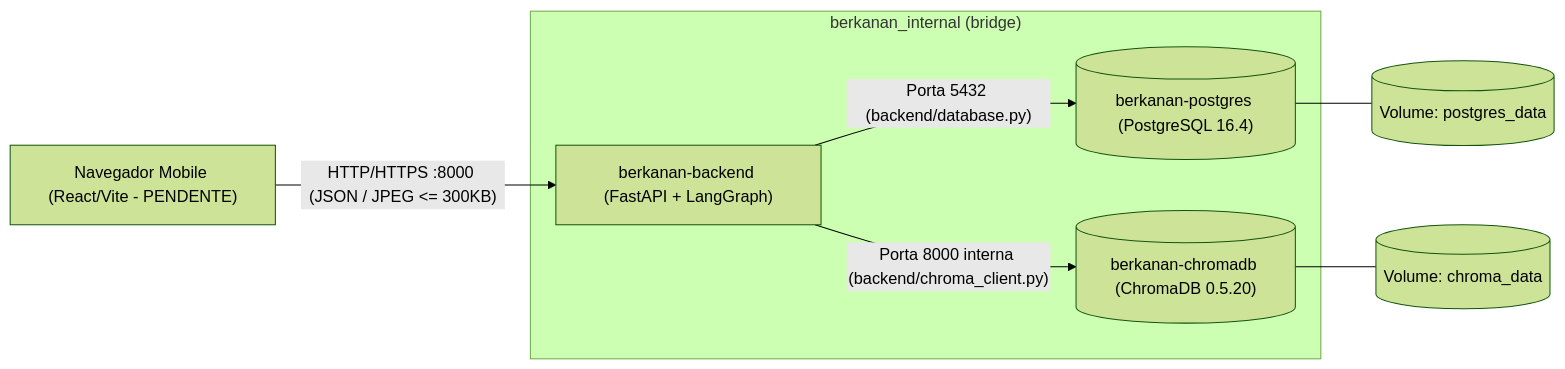
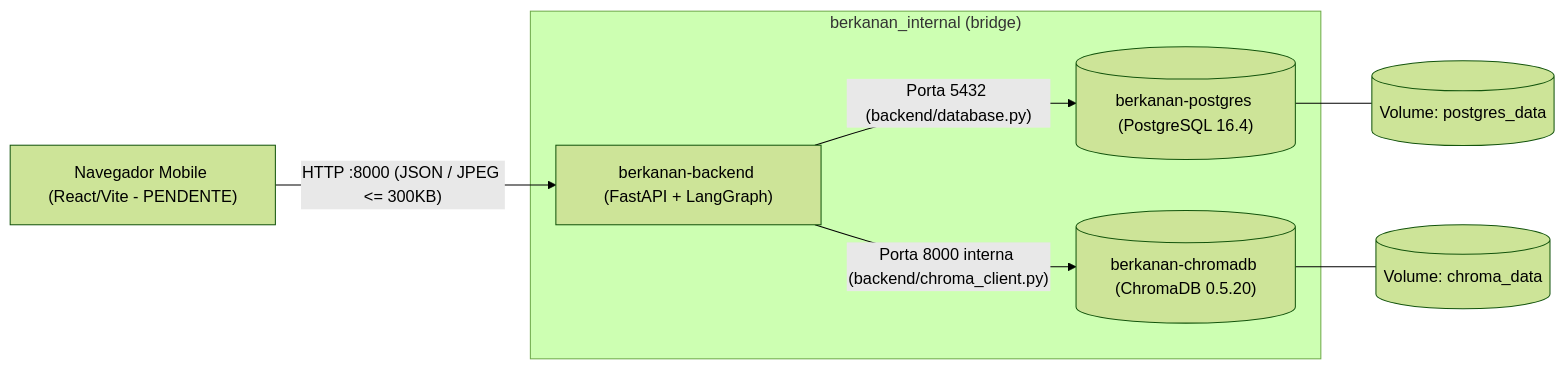
The first of 2 diagrams in docs/architecture/DEPLOYMENT.md (unb-Sistemas-de-Machine-learning/Challenge2_berkanan), drawn with Mermaid (forest theme) before and after one commit. The commit also changed other lines of this file and 4 other files, not shown here.

````diff
--- a/docs/architecture/DEPLOYMENT.md
+++ b/docs/architecture/DEPLOYMENT.md
@@ -12,10 +12,10 @@
 ```mermaid
 flowchart LR
-    Mobile["Navegador Mobile (React/Vite - PENDENTE)"] -->|"HTTP/HTTPS :8000 (JSON / JPEG <= 300KB)"| Backend["berkanan-backend (FastAPI + LangGraph)"]
+    Mobile["Navegador Mobile (React/Vite - PENDENTE)"] -->|"HTTP :8000 (JSON / JPEG <= 300KB)"| Backend["berkanan-backend (FastAPI + LangGraph)"]
     subgraph Rede Interna Docker ["berkanan_internal (bridge)"]
         Backend -->|"Porta 5432 (backend/database.py)"| Postgres[("berkanan-postgres (PostgreSQL 16.4)")]
         Backend -->|"Porta 8000 interna (backend/chroma_client.py)"| Chroma[("berkanan-chromadb (ChromaDB 0.5.20)")]
     end
     Postgres --- VolPG[("Volume: postgres_data")]
     Chroma --- VolChroma[("Volume: chroma_data")]
 ```
````
